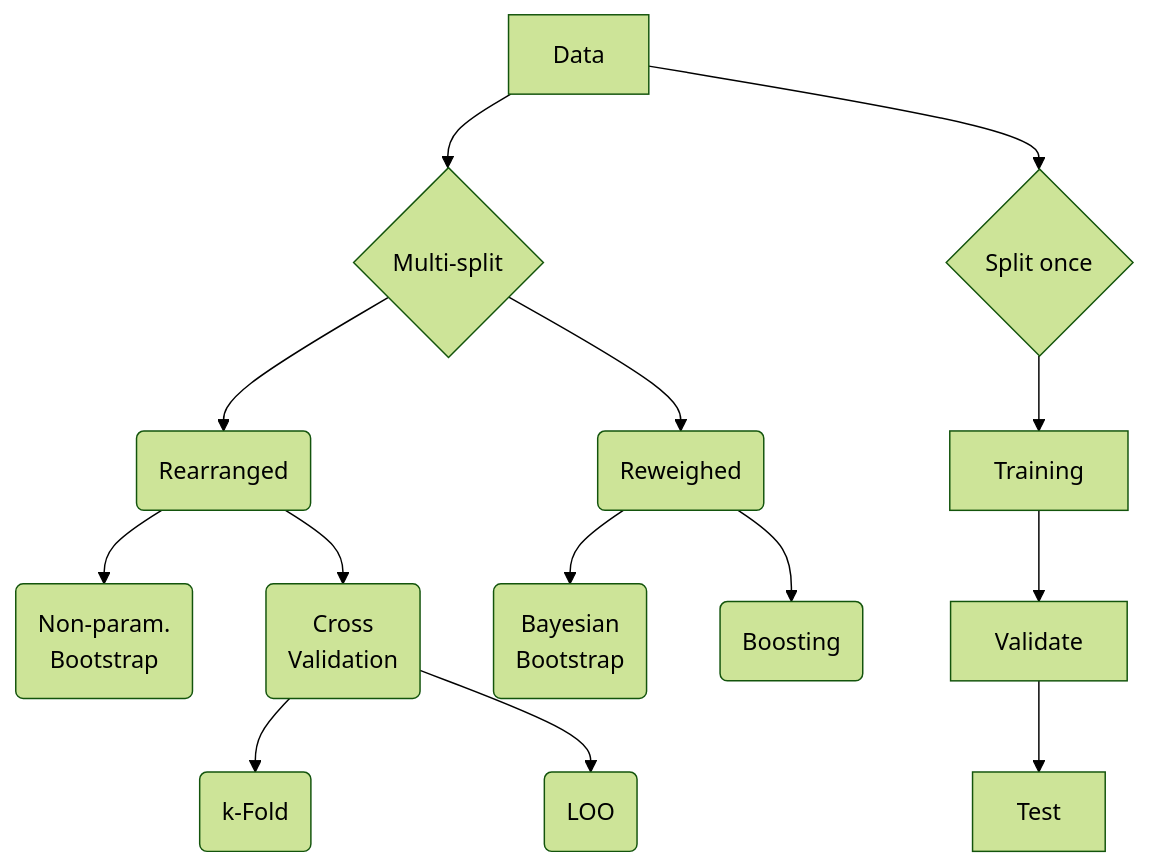
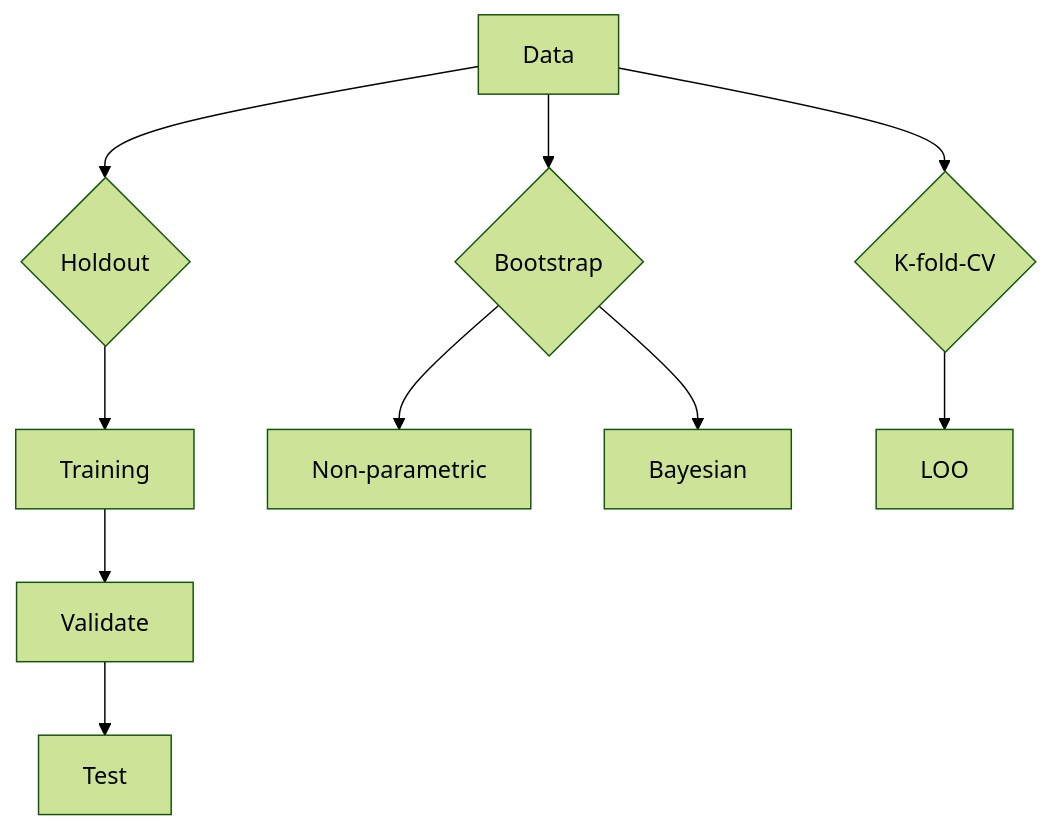
One commit to mstasinopoulos/Functions-from-packages changed the diagram in gamlss-prepdata.qmd. Above: the diagram before and after it, drawn with Mermaid (forest theme). The commit also changed other lines of this file and 37 other files, not shown here.

````diff
--- a/gamlss-prepdata.qmd
+++ b/gamlss-prepdata.qmd
@@ -1023,18 +1003,14 @@
 ```{mermaid}
 %%| label: fig-data_split
 %%| fig-cap: Different ways of splitting data to get in order to get more information"
 flowchart TB
-  A[Data] --> B{Multi-split} 
-  A --> C{Split once}
-  C --> D[Training]
-  D --> E[Validate]
-  E --> O[Test]
-  B --> F(Rearranged)
-  B --> G(Reweighed)
-  G--> H(Bayesian \n Bootstrap)
-  G--> J(Boosting)
-  F --> K(Non-param. \n Bootstrap)
-  F --> L(Cross \n Validation)
-  L --> M(k-Fold) 
-  L --> N(LOO) 
+  A[Data] --> B{Holdout} 
+  A --> C{K-fold-CV}
+  A --> D{Bootstrap}
+  B --> E[Training]
+  E --> F[Validate]
+  F --> G[Test]
+  D --> H[Non-parametric]
+  D --> K[Bayesian]
+  C -->  L[LOO]
 ```
````
